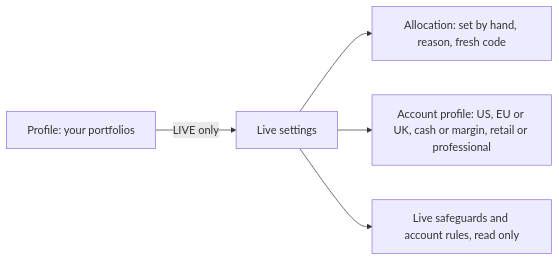
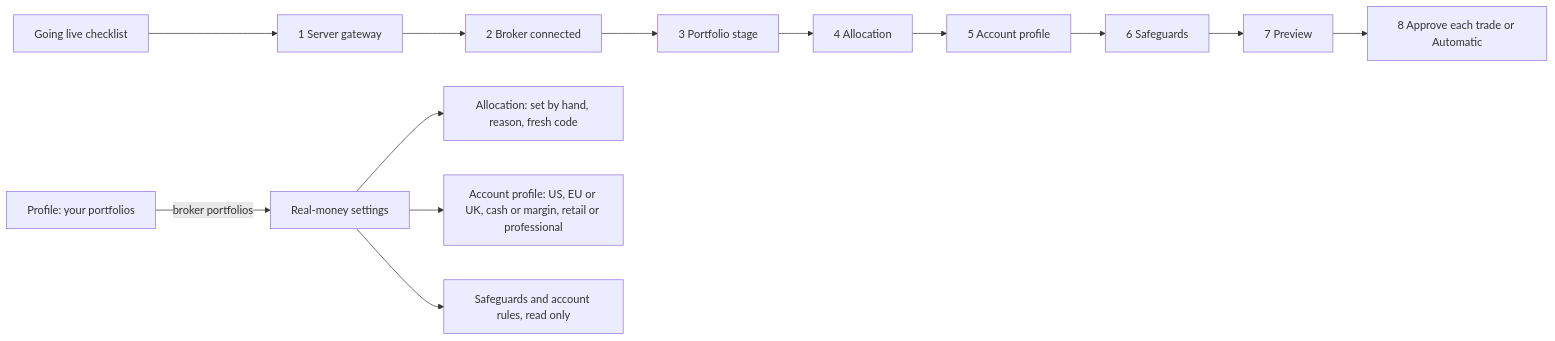
The fourth of 12 diagrams in docs/ui.md (sleousis/Stonks), drawn with Mermaid before and after one commit. The commit also changed other lines of this file and 441 other files, not shown here.

````diff
--- a/docs/ui.md
+++ b/docs/ui.md
@@ -695,7 +894,15 @@
 ```mermaid
 flowchart LR
-  P[Profile: your portfolios] -->|LIVE only| L[Live settings]
+  G[Going live checklist] --> S1[1 Server gateway]
+  S1 --> S2[2 Broker connected]
+  S2 --> S3[3 Portfolio stage]
+  S3 --> S4[4 Allocation]
+  S4 --> S5[5 Account profile]
+  S5 --> S6[6 Safeguards]
+  S6 --> S7[7 Preview]
+  S7 --> S8[8 Approve each trade or Automatic]
+  P[Profile: your portfolios] -->|broker portfolios| L[Real-money settings]
   L --> A[Allocation: set by hand, reason, fresh code]
   L --> C[Account profile: US, EU or UK, cash or margin, retail or professional]
-  L --> R[Live safeguards and account rules, read only]
+  L --> R[Safeguards and account rules, read only]
 ```
````
